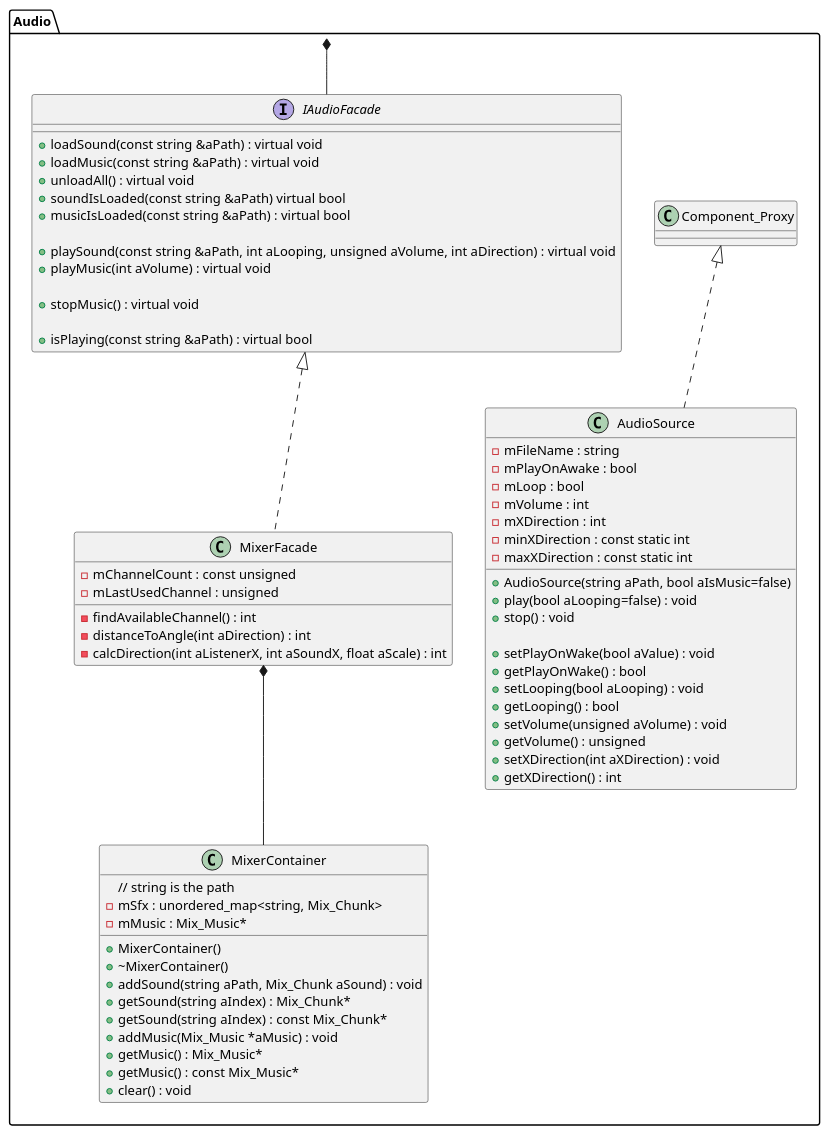
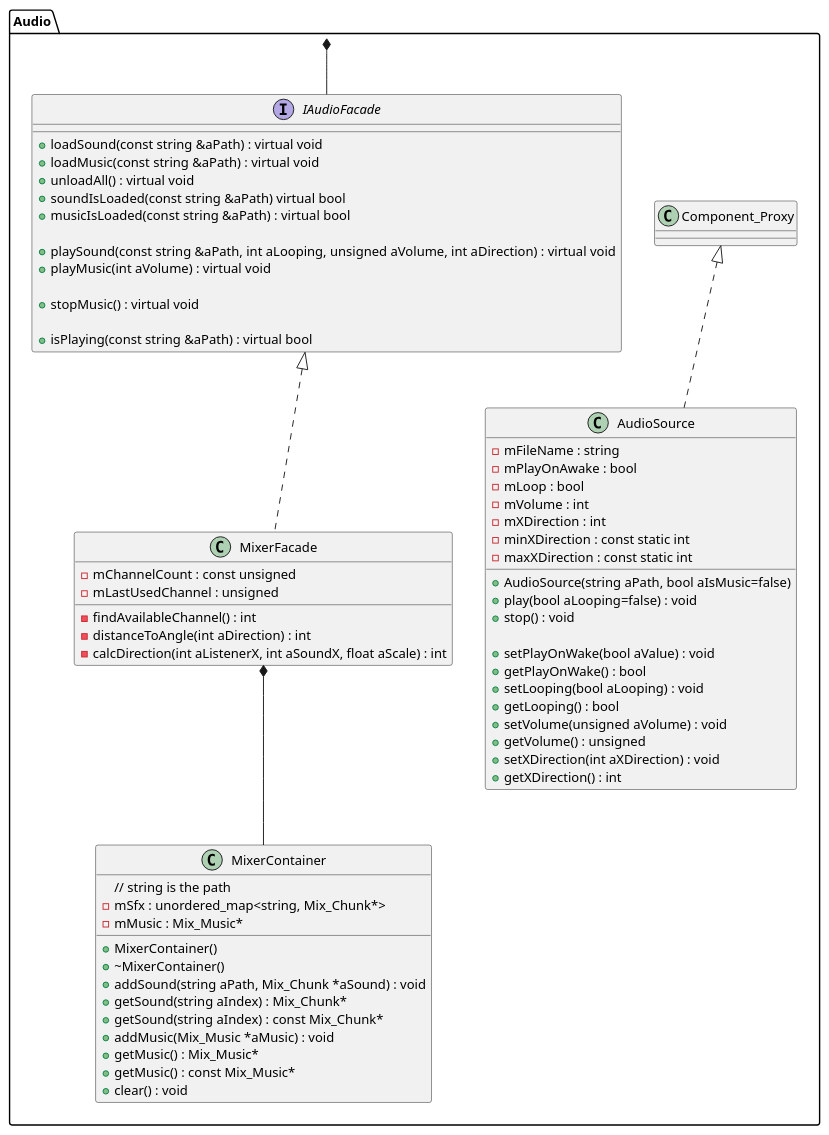
Before and after one commit to Seger01/GameEngine: the diagram in docs/Diagrams/classDiagramPackages/audioPackage.puml, drawn with PlantUML.

Commit message:
Small update do audio design, according to test improvements

```diff
--- a/docs/Diagrams/classDiagramPackages/audioPackage.puml
+++ b/docs/Diagrams/classDiagramPackages/audioPackage.puml
@@ -1,72 +1,72 @@
 @startuml audioPackageClassDiagram
 
 package Audio{
     class Component_Proxy {}
 
 class AudioSource implements Component_Proxy{
     - mFileName : string
     - mPlayOnAwake : bool
     - mLoop : bool
     - mVolume : int
     - mXDirection : int
     - minXDirection : const static int
     - maxXDirection : const static int
     + AudioSource(string aPath, bool aIsMusic=false)
     + play(bool aLooping=false) : void
     + stop() : void 
 
     + setPlayOnWake(bool aValue) : void
     + getPlayOnWake() : bool
     + setLooping(bool aLooping) : void
     + getLooping() : bool
     + setVolume(unsigned aVolume) : void
     + getVolume() : unsigned
     + setXDirection(int aXDirection) : void
     + getXDirection() : int
 }
 
 interface IAudioFacade {
     + loadSound(const string &aPath) : virtual void
     + loadMusic(const string &aPath) : virtual void
     + unloadAll() : virtual void
     + soundIsLoaded(const string &aPath) virtual bool
     + musicIsLoaded(const string &aPath) : virtual bool
     
     + playSound(const string &aPath, int aLooping, unsigned aVolume, int aDirection) : virtual void
     + playMusic(int aVolume) : virtual void
     
     + stopMusic() : virtual void
     
     + isPlaying(const string &aPath) : virtual bool
 }
 
 class MixerFacade implements IAudioFacade {
     - mChannelCount : const unsigned
     - mLastUsedChannel : unsigned
     - findAvailableChannel() : int
     - distanceToAngle(int aDirection) : int
     - calcDirection(int aListenerX, int aSoundX, float aScale) : int
 }
 
 class MixerContainer {
     // string is the path
-    - mSfx : unordered_map<string, Mix_Chunk>
+    - mSfx : unordered_map<string, Mix_Chunk*>
     - mMusic : Mix_Music*
     + MixerContainer()
     + ~MixerContainer()
-    + addSound(string aPath, Mix_Chunk aSound) : void
+    + addSound(string aPath, Mix_Chunk *aSound) : void
     + getSound(string aIndex) : Mix_Chunk*
     + getSound(string aIndex) : const Mix_Chunk*
     + addMusic(Mix_Music *aMusic) : void
     + getMusic() : Mix_Music*
     + getMusic() : const Mix_Music*
     + clear() : void
 }
 
 MixerFacade *-- MixerContainer
 
 }
 
 Audio *--IAudioFacade
 
 @enduml
```
